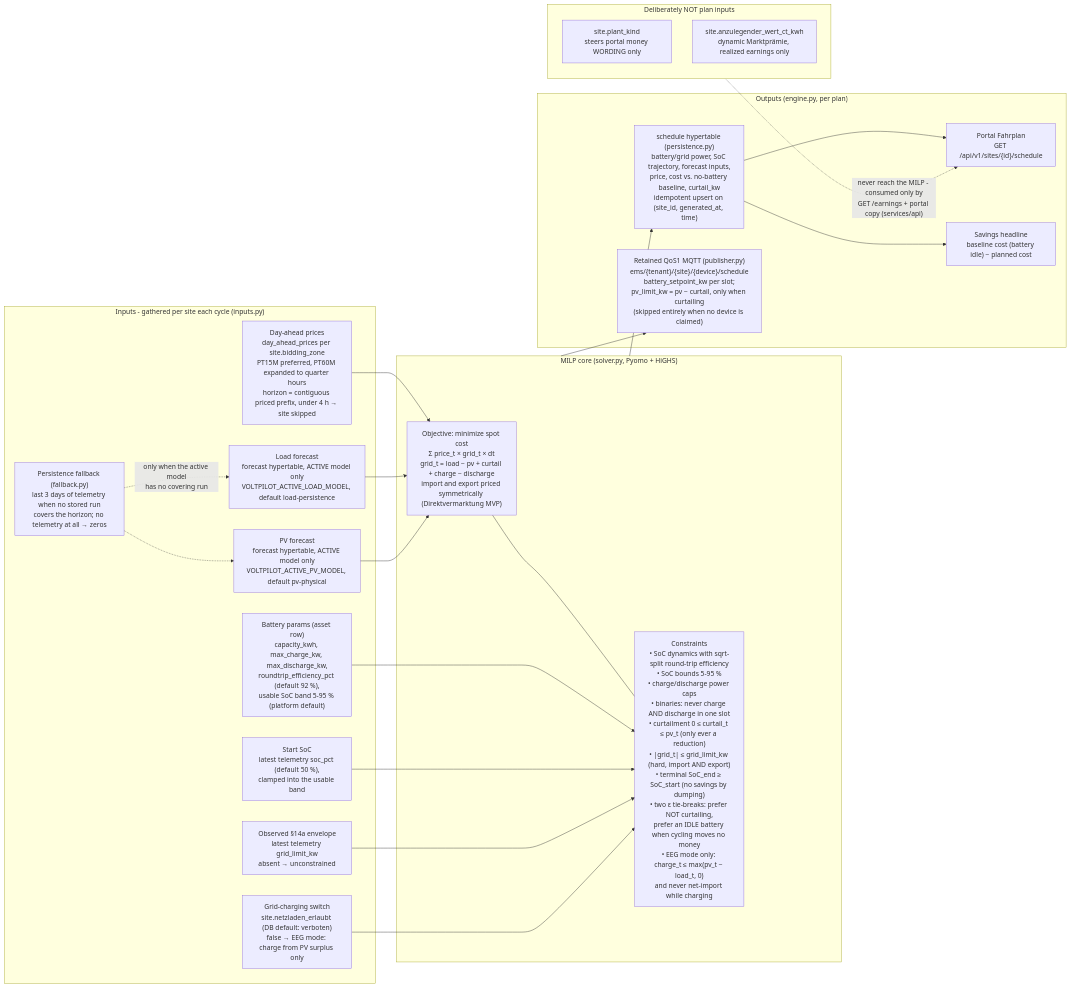
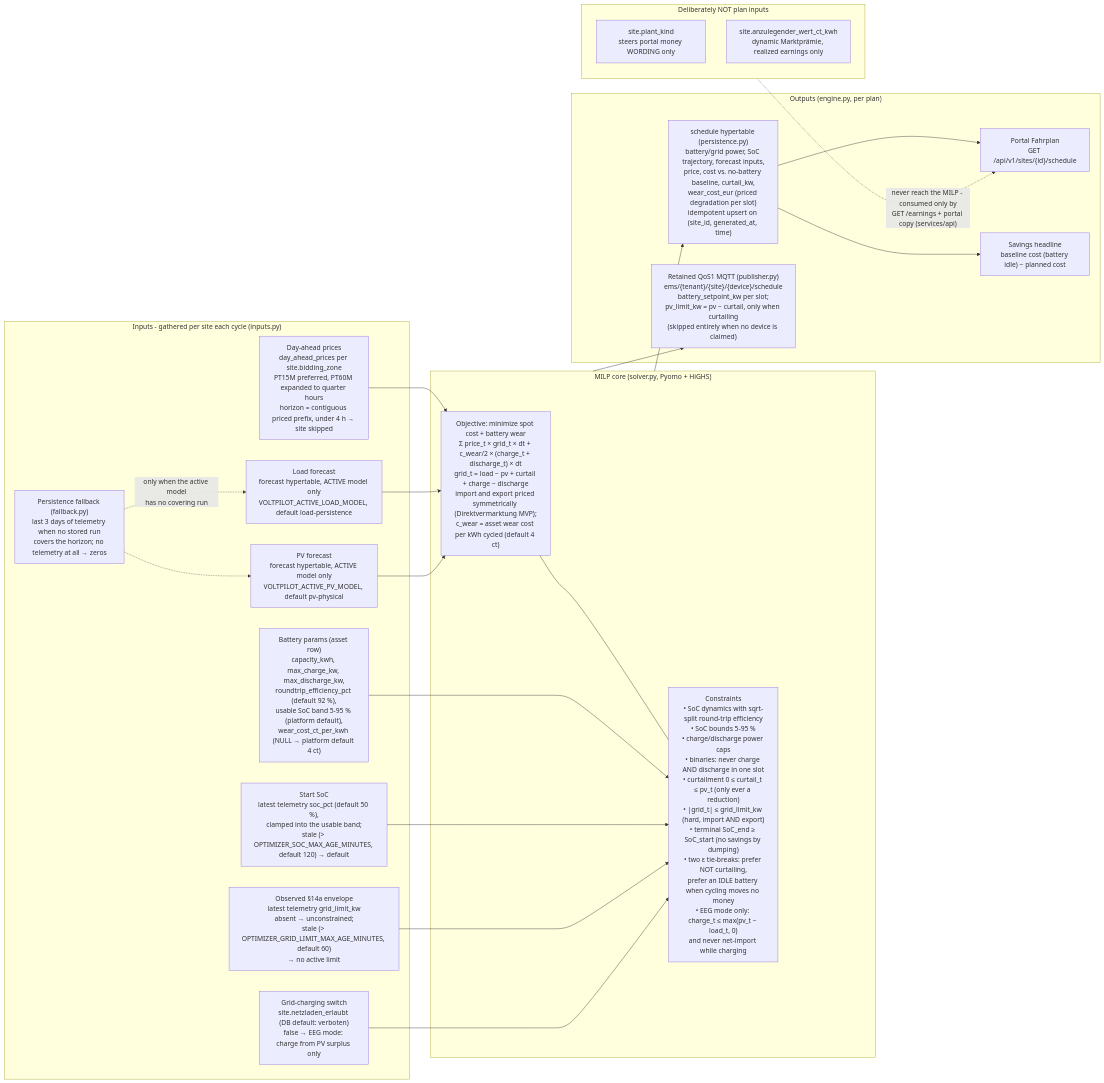
Before and after one commit to Rayleigh3105/voltpilot-ems: the diagram in services/optimization/README.md, drawn with Mermaid. The commit also changed other lines of this file and 16 other files, not shown here.

````diff
--- a/services/optimization/README.md
+++ b/services/optimization/README.md
@@ -15,46 +15,46 @@
 ```mermaid
 flowchart LR
     subgraph IN["Inputs - gathered per site each cycle (inputs.py)"]
         PRICES["Day-ahead prices<br/>day_ahead_prices per site.bidding_zone<br/>PT15M preferred, PT60M expanded to quarter hours<br/>horizon = contiguous priced prefix, under 4 h → site skipped"]
         LOAD["Load forecast<br/>forecast hypertable, ACTIVE model only<br/>VOLTPILOT_ACTIVE_LOAD_MODEL, default load-persistence"]
         PV["PV forecast<br/>forecast hypertable, ACTIVE model only<br/>VOLTPILOT_ACTIVE_PV_MODEL, default pv-physical"]
         FB["Persistence fallback (fallback.py)<br/>last 3 days of telemetry when no stored run<br/>covers the horizon; no telemetry at all → zeros"]
-        BAT["Battery params (asset row)<br/>capacity_kwh, max_charge_kw, max_discharge_kw,<br/>roundtrip_efficiency_pct (default 92 %),<br/>usable SoC band 5-95 % (platform default)"]
-        SOC["Start SoC<br/>latest telemetry soc_pct (default 50 %),<br/>clamped into the usable band"]
-        LIMIT["Observed §14a envelope<br/>latest telemetry grid_limit_kw<br/>absent → unconstrained"]
+        BAT["Battery params (asset row)<br/>capacity_kwh, max_charge_kw, max_discharge_kw,<br/>roundtrip_efficiency_pct (default 92 %),<br/>usable SoC band 5-95 % (platform default),<br/>wear_cost_ct_per_kwh (NULL → platform default 4 ct)"]
+        SOC["Start SoC<br/>latest telemetry soc_pct (default 50 %),<br/>clamped into the usable band;<br/>stale (&gt; OPTIMIZER_SOC_MAX_AGE_MINUTES, default 120) → default"]
+        LIMIT["Observed §14a envelope<br/>latest telemetry grid_limit_kw<br/>absent → unconstrained;<br/>stale (&gt; OPTIMIZER_GRID_LIMIT_MAX_AGE_MINUTES, default 60)<br/>→ no active limit"]
         NETZ["Grid-charging switch<br/>site.netzladen_erlaubt (DB default: verboten)<br/>false → EEG mode: charge from PV surplus only"]
         FB -. "only when the active model<br/>has no covering run" .-> LOAD
         FB -.-> PV
     end
 
     subgraph MILP["MILP core (solver.py, Pyomo + HiGHS)"]
-        OBJ["Objective: minimize spot cost<br/>Σ price_t × grid_t × dt<br/>grid_t = load − pv + curtail + charge − discharge<br/>import and export priced symmetrically (Direktvermarktung MVP)"]
+        OBJ["Objective: minimize spot cost + battery wear<br/>Σ price_t × grid_t × dt + c_wear/2 × (charge_t + discharge_t) × dt<br/>grid_t = load − pv + curtail + charge − discharge<br/>import and export priced symmetrically (Direktvermarktung MVP);<br/>c_wear = asset wear cost per kWh cycled (default 4 ct)"]
         CON["Constraints<br/>• SoC dynamics with sqrt-split round-trip efficiency<br/>• SoC bounds 5-95 %<br/>• charge/discharge power caps<br/>• binaries: never charge AND discharge in one slot<br/>• curtailment 0 ≤ curtail_t ≤ pv_t (only ever a reduction)<br/>• |grid_t| ≤ grid_limit_kw (hard, import AND export)<br/>• terminal SoC_end ≥ SoC_start (no savings by dumping)<br/>• two ε tie-breaks: prefer NOT curtailing,<br/>prefer an IDLE battery when cycling moves no money<br/>• EEG mode only: charge_t ≤ max(pv_t − load_t, 0)<br/>and never net-import while charging"]
         OBJ --- CON
     end
 
     subgraph OUT["Outputs (engine.py, per plan)"]
-        DB["schedule hypertable (persistence.py)<br/>battery/grid power, SoC trajectory, forecast inputs,<br/>price, cost vs. no-battery baseline, curtail_kw<br/>idempotent upsert on (site_id, generated_at, time)"]
+        DB["schedule hypertable (persistence.py)<br/>battery/grid power, SoC trajectory, forecast inputs,<br/>price, cost vs. no-battery baseline, curtail_kw,<br/>wear_cost_eur (priced degradation per slot)<br/>idempotent upsert on (site_id, generated_at, time)"]
         MQTT["Retained QoS1 MQTT (publisher.py)<br/>ems/{tenant}/{site}/{device}/schedule<br/>battery_setpoint_kw per slot;<br/>pv_limit_kw = pv − curtail, only when curtailing<br/>(skipped entirely when no device is claimed)"]
         PORTAL["Portal Fahrplan<br/>GET /api/v1/sites/{id}/schedule"]
         SAVINGS["Savings headline<br/>baseline cost (battery idle) − planned cost"]
     end
 
     PRICES --> OBJ
     LOAD --> OBJ
     PV --> OBJ
     BAT --> CON
     SOC --> CON
     LIMIT --> CON
     NETZ --> CON
     MILP --> DB
     MILP --> MQTT
     DB --> PORTAL
     DB --> SAVINGS
 
     subgraph NOTIN["Deliberately NOT plan inputs"]
         PK["site.plant_kind<br/>steers portal money WORDING only"]
         MP["site.anzulegender_wert_ct_kwh<br/>dynamic Marktprämie, realized earnings only"]
     end
     NOTIN -. "never reach the MILP - consumed only by<br/>GET /earnings + portal copy (services/api)" .-> PORTAL
 ```
````
